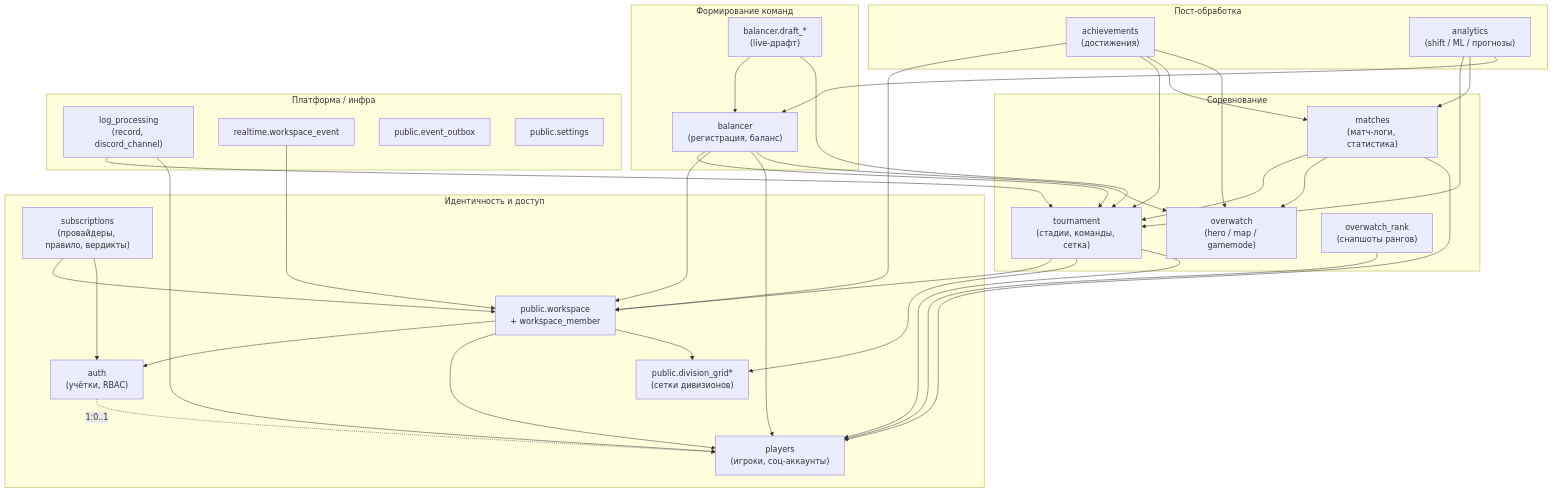
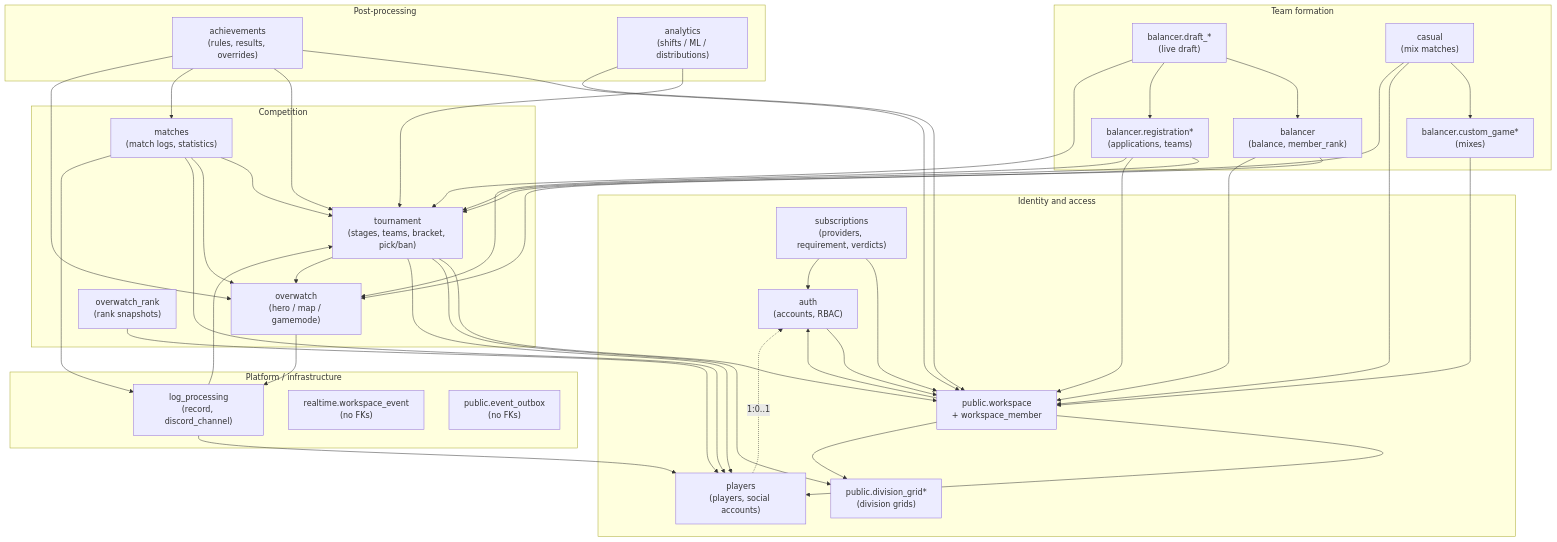
Before and after one commit to CraazzzyyFoxx/anak-tournaments: the first of 19 diagrams in docs/database_erd.md, drawn with Mermaid. The commit also changed other lines of this file and 60 other files, not shown here.

````diff
--- a/docs/database_erd.md
+++ b/docs/database_erd.md
@@ -64,68 +92,78 @@
 ```mermaid
 flowchart TB
-    subgraph IDENTITY["Идентичность и доступ"]
-        AUTH["auth<br/>(учётки, RBAC)"]
-        PLAYERS["players<br/>(игроки, соц-аккаунты)"]
+    subgraph IDENTITY["Identity and access"]
+        AUTH["auth<br/>(accounts, RBAC)"]
+        PLAYERS["players<br/>(players, social accounts)"]
         WS["public.workspace<br/>+ workspace_member"]
-        GRID["public.division_grid*<br/>(сетки дивизионов)"]
-        SUBS["subscriptions<br/>(провайдеры, правило, вердикты)"]
+        GRID["public.division_grid*<br/>(division grids)"]
+        SUBS["subscriptions<br/>(providers, requirement, verdicts)"]
     end
 
-    subgraph COMPETITION["Соревнование"]
-        TOUR["tournament<br/>(стадии, команды, сетка)"]
-        MATCHES["matches<br/>(матч-логи, статистика)"]
+    subgraph COMPETITION["Competition"]
+        TOUR["tournament<br/>(stages, teams, bracket, pick/ban)"]
+        MATCHES["matches<br/>(match logs, statistics)"]
         OW["overwatch<br/>(hero / map / gamemode)"]
-        RANK["overwatch_rank<br/>(снапшоты рангов)"]
+        RANK["overwatch_rank<br/>(rank snapshots)"]
     end
 
-    subgraph TEAMBUILD["Формирование команд"]
-        BAL["balancer<br/>(регистрация, баланс)"]
-        DRAFT["balancer.draft_*<br/>(live-драфт)"]
+    subgraph TEAMBUILD["Team formation"]
+        REG["balancer.registration*<br/>(applications, teams)"]
+        BAL["balancer<br/>(balance, member_rank)"]
+        DRAFT["balancer.draft_*<br/>(live draft)"]
+        MIX["balancer.custom_game*<br/>(mixes)"]
+        CAS["casual<br/>(mix matches)"]
     end
 
-    subgraph INSIGHT["Пост-обработка"]
-        ACH["achievements<br/>(достижения)"]
-        AN["analytics<br/>(shift / ML / прогнозы)"]
+    subgraph INSIGHT["Post-processing"]
+        ACH["achievements<br/>(rules, results, overrides)"]
+        AN["analytics<br/>(shifts / ML / distributions)"]
     end
 
-    subgraph PLATFORM["Платформа / инфра"]
+    subgraph PLATFORM["Platform / infrastructure"]
         LOG["log_processing<br/>(record, discord_channel)"]
-        RT["realtime.workspace_event"]
-        OUTBOX["public.event_outbox"]
-        SET["public.settings"]
+        RT["realtime.workspace_event<br/>(no FKs)"]
+        OUTBOX["public.event_outbox<br/>(no FKs)"]
     end
 
     WS --> AUTH
     WS --> PLAYERS
-    AUTH -. "1:0..1" .-> PLAYERS
+    PLAYERS -. "1:0..1" .-> AUTH
+    AUTH --> WS
     WS --> GRID
     SUBS --> WS
     SUBS --> AUTH
 
     TOUR --> WS
     TOUR --> GRID
     TOUR --> PLAYERS
+    TOUR --> OW
     MATCHES --> TOUR
     MATCHES --> OW
     MATCHES --> PLAYERS
+    MATCHES --> LOG
+    OW --> LOG
     RANK --> PLAYERS
 
+    REG --> TOUR
+    REG --> WS
+    REG --> OW
     BAL --> TOUR
     BAL --> WS
-    BAL --> PLAYERS
-    BAL --> OW
     DRAFT --> BAL
+    DRAFT --> REG
     DRAFT --> TOUR
+    MIX --> WS
+    CAS --> MIX
+    CAS --> WS
+    CAS --> OW
 
     ACH --> WS
     ACH --> TOUR
     ACH --> MATCHES
     ACH --> OW
     AN --> TOUR
-    AN --> MATCHES
-    AN --> BAL
+    AN --> WS
 
     LOG --> TOUR
     LOG --> PLAYERS
-    RT --> WS
 ```
````
